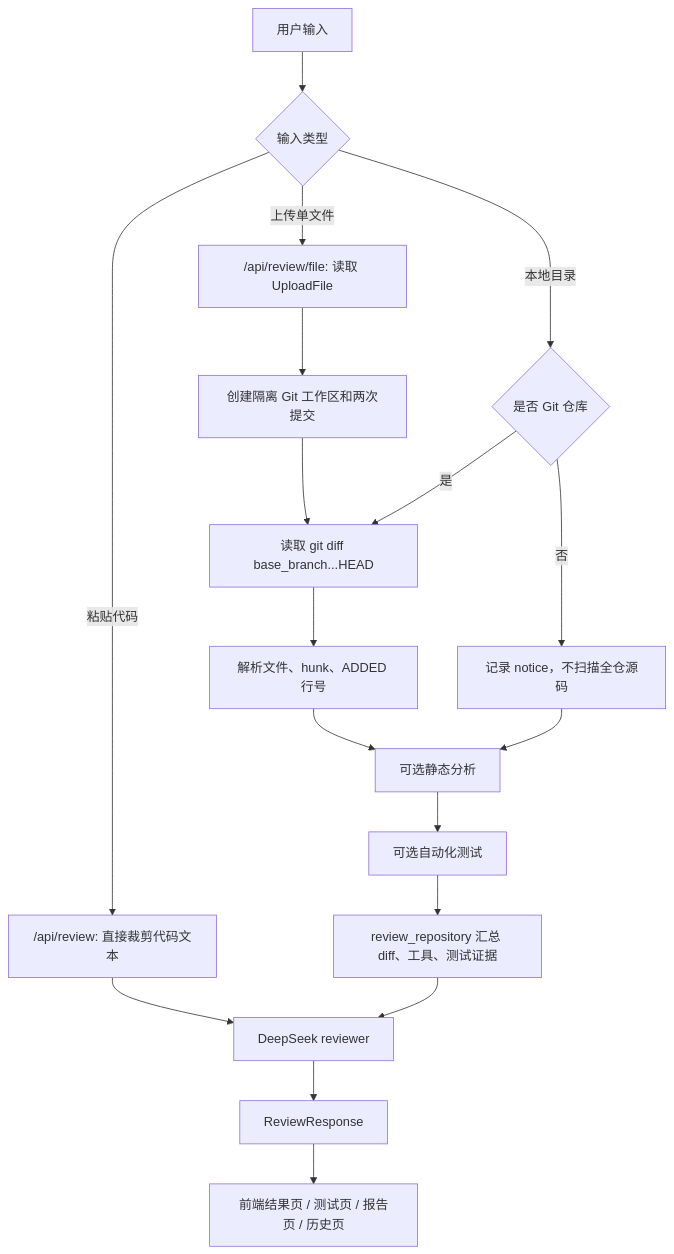
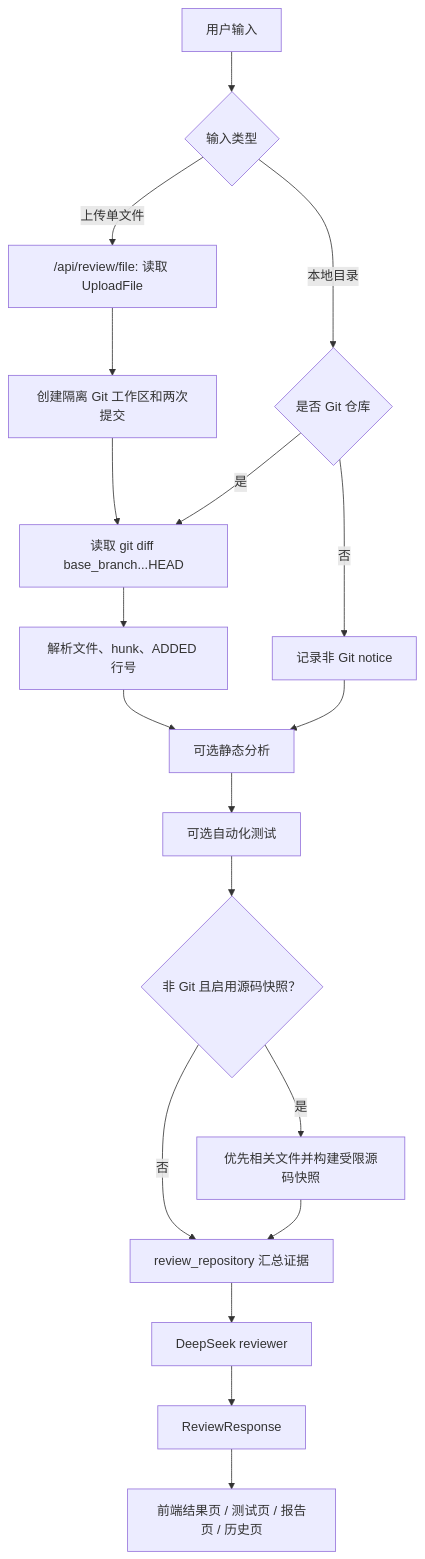
Before and after one commit to cqlcqlcql/LLM-CodeReviewer: the diagram in README.md, drawn with Mermaid. The commit also changed other lines of this file and 9 other files, not shown here.

Commit message:
feat: refine repository review flow

````diff
--- a/README.md
+++ b/README.md
@@ -57,20 +58,21 @@
 ```mermaid
 flowchart TD
     A["用户输入"] --> B{"输入类型"}
-    B -->|粘贴代码| C["/api/review: 直接裁剪代码文本"]
     B -->|上传单文件| D["/api/review/file: 读取 UploadFile"]
     B -->|本地目录| E{"是否 Git 仓库"}
-    C --> R["DeepSeek reviewer"]
     D --> W["创建隔离 Git 工作区和两次提交"]
     W --> F
     E -->|是| F["读取 git diff base_branch...HEAD"]
     F --> G["解析文件、hunk、ADDED 行号"]
-    E -->|否| H["记录 notice，不扫描全仓源码"]
+    E -->|否| H["记录非 Git notice"]
     G --> I["可选静态分析"]
     H --> I
     I --> J["可选自动化测试"]
-    J --> K["review_repository 汇总 diff、工具、测试证据"]
-    K --> R
+    J --> Q{"非 Git 且启用源码快照？"}
+    Q -->|是| S["优先相关文件并构建受限源码快照"]
+    Q -->|否| K["review_repository 汇总证据"]
+    S --> K
+    K --> R["DeepSeek reviewer"]
     R --> L["ReviewResponse"]
     L --> M["前端结果页 / 测试页 / 报告页 / 历史页"]
 ```
````
